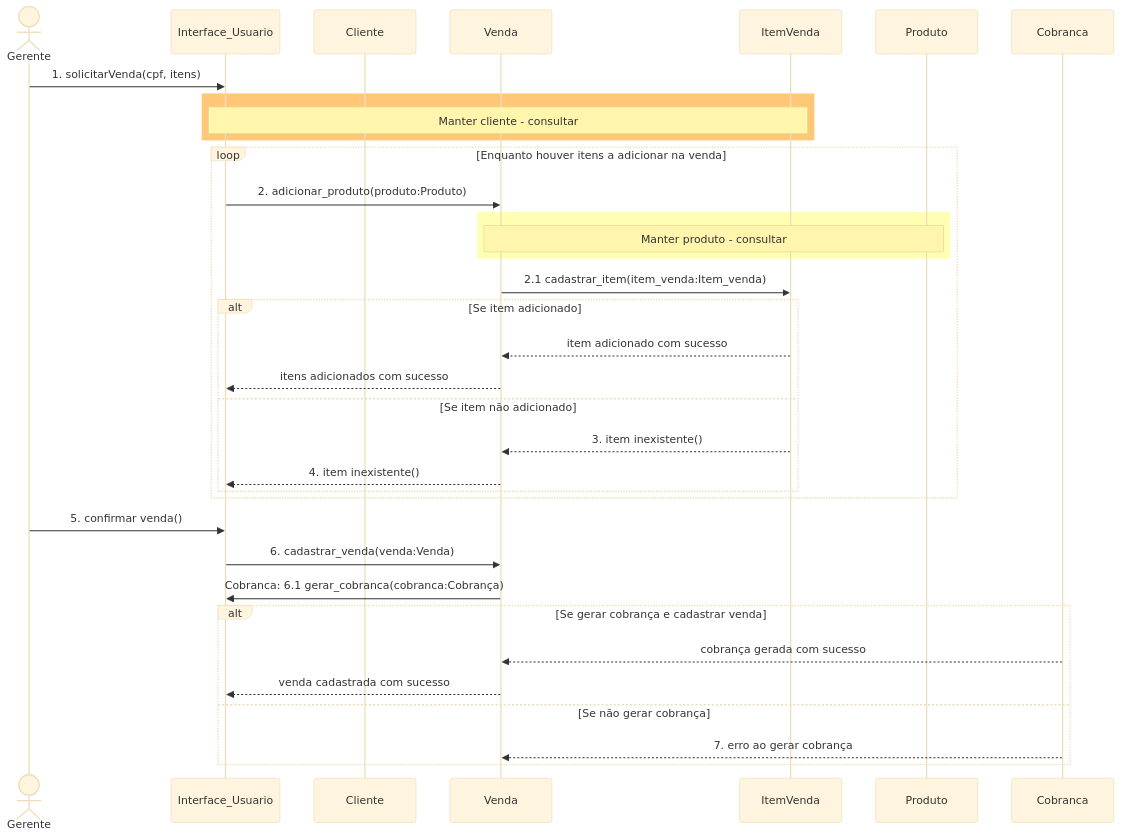
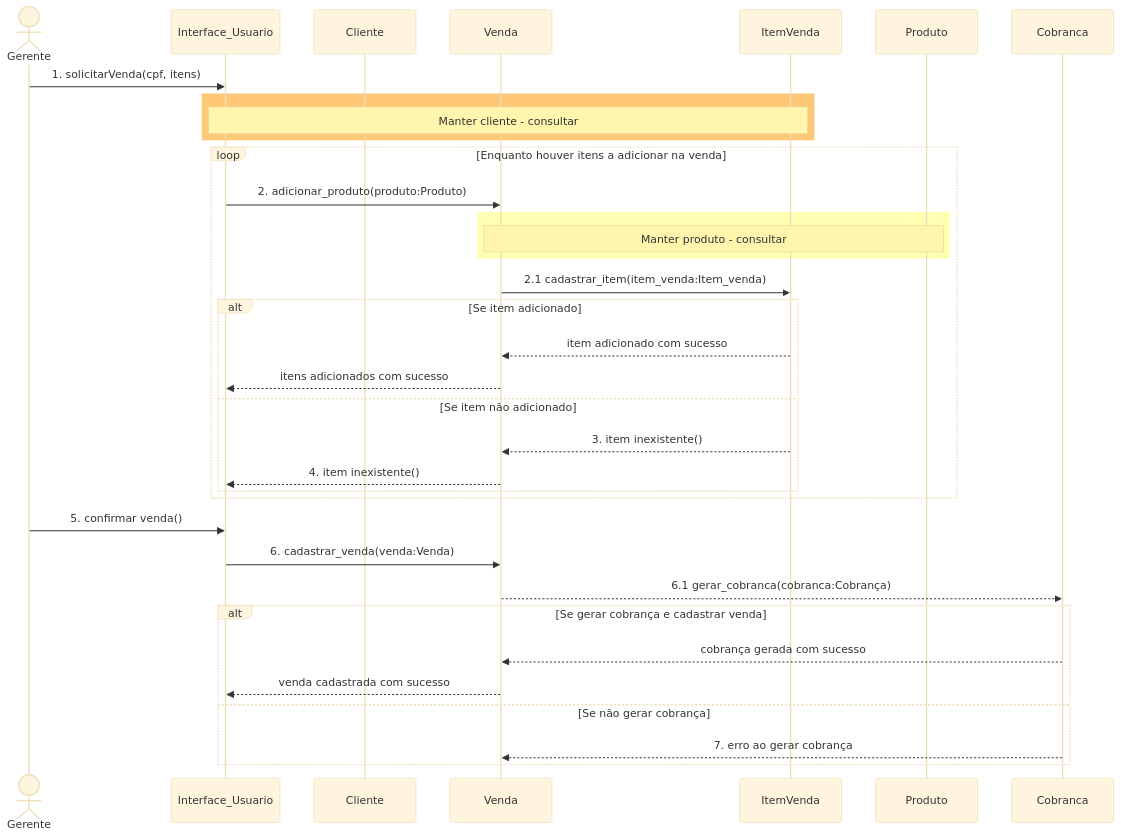
One commit to Projeito-Vendas-de-Cosmeticos/Comesticos-doc changed the sixth of 6 diagrams in Documetos/Documento_Visao.md. Above: the diagram before and after it, drawn with Mermaid (base theme).

````diff
--- a/Documetos/Documento_Visao.md
+++ b/Documetos/Documento_Visao.md
@@ -207,46 +207,46 @@
 ```mermaid
 sequenceDiagram
     actor Gerente
     participant IU as Interface_Usuario
     participant Cliente
     participant Venda
     participant ItemVenda
     participant Produto
     participant Cobranca
 
     Gerente ->> IU: 1. solicitarVenda(cpf, itens)
 
     rect rgb(255,200,120)
         note over IU,ItemVenda: Manter cliente - consultar
     end
 
     loop Enquanto houver itens a adicionar na venda
         IU ->> Venda: 2. adicionar_produto(produto:Produto)
 
         rect rgb(255,255,180)
             note over Venda,Produto: Manter produto - consultar
         end
 
         Venda ->> ItemVenda: 2.1 cadastrar_item(item_venda:Item_venda)
 
         alt Se item adicionado
             ItemVenda -->> Venda: item adicionado com sucesso
             Venda -->> IU: itens adicionados com sucesso
         else Se item não adicionado
             ItemVenda -->> Venda: 3. item inexistente()
             Venda -->> IU: 4. item inexistente()
         end
     end
 
     Gerente ->> IU: 5. confirmar venda()
     IU ->> Venda: 6. cadastrar_venda(venda:Venda)
 
-    Venda ->> IU: Cobranca: 6.1 gerar_cobranca(cobranca:Cobrança)
+    Venda -->>  Cobranca: 6.1 gerar_cobranca(cobranca:Cobrança)
 
     alt Se gerar cobrança e cadastrar venda
         Cobranca -->> Venda: cobrança gerada com sucesso
         Venda -->> IU: venda cadastrada com sucesso
     else Se não gerar cobrança
         Cobranca -->> Venda: 7. erro ao gerar cobrança
     end
 ```
````
